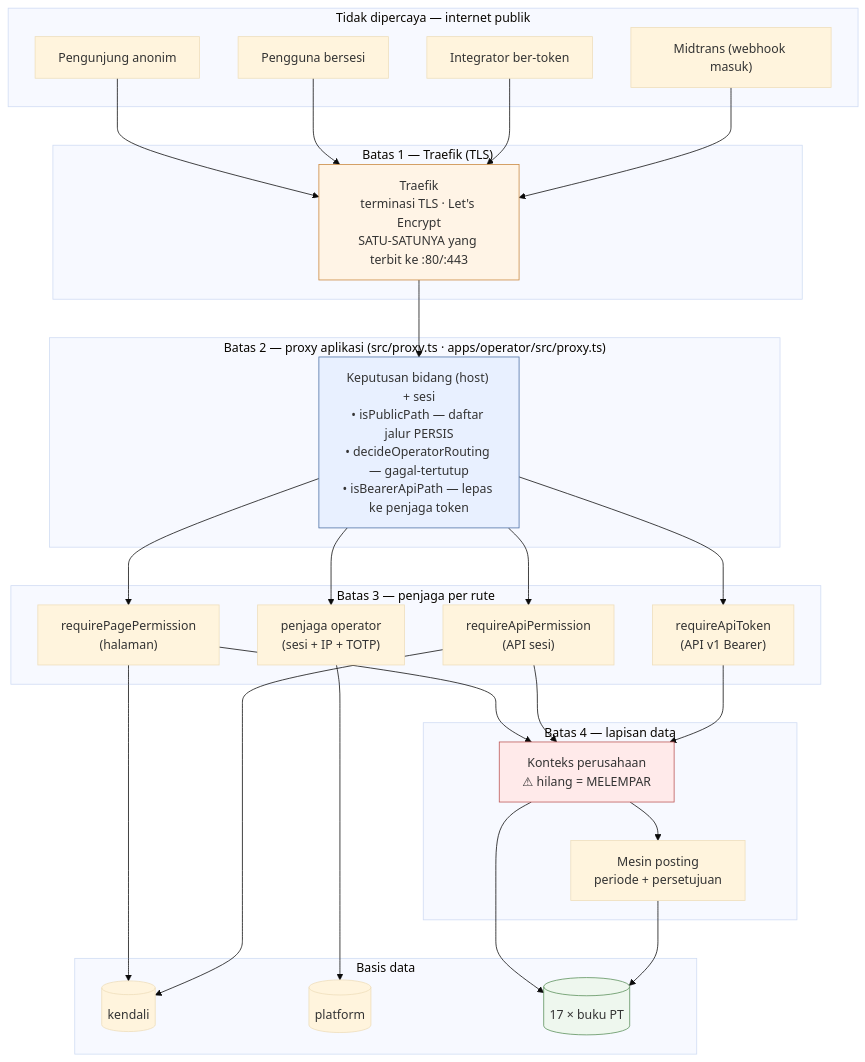
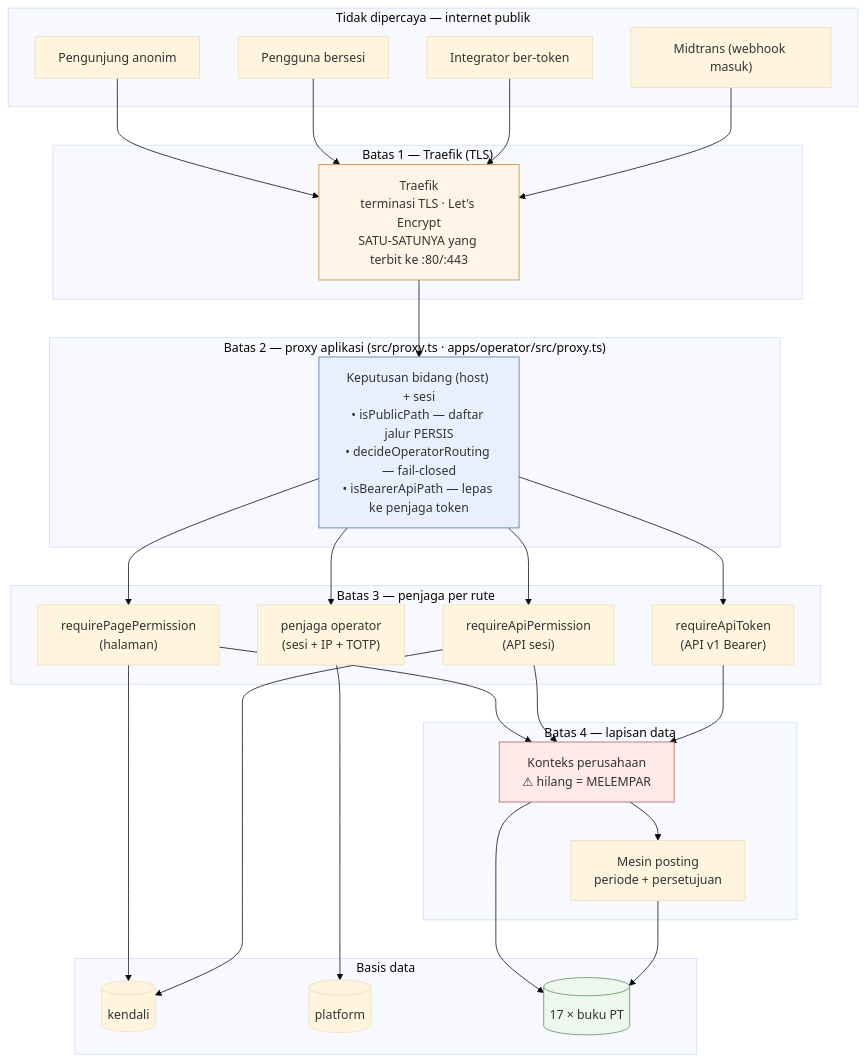
One commit to tri-evendi/sai-accounting changed the first of 5 diagrams in docs/arsitektur/02-ARSITEKTUR.md. Above: the diagram before and after it, drawn with Mermaid (base theme). The commit also changed other lines of this file and 28 other files, not shown here.

````diff
--- a/docs/arsitektur/02-ARSITEKTUR.md
+++ b/docs/arsitektur/02-ARSITEKTUR.md
@@ -38,53 +38,53 @@
 ```mermaid
 graph TB
     subgraph trust0["Tidak dipercaya — internet publik"]
         ANON["Pengunjung anonim"]
         USER["Pengguna bersesi"]
         INTEG["Integrator ber-token"]
         GATEWAY["Midtrans (webhook masuk)"]
     end
 
     subgraph trust1["Batas 1 — Traefik (TLS)"]
         TRAEFIK["Traefik<br/>terminasi TLS · Let's Encrypt<br/>SATU-SATUNYA yang terbit ke :80/:443"]
     end
 
     subgraph trust2["Batas 2 — proxy aplikasi (src/proxy.ts · apps/operator/src/proxy.ts)"]
-        PROXY["Keputusan bidang (host) + sesi<br/>• isPublicPath — daftar jalur PERSIS<br/>• decideOperatorRouting — gagal-tertutup<br/>• isBearerApiPath — lepas ke penjaga token"]
+        PROXY["Keputusan bidang (host) + sesi<br/>• isPublicPath — daftar jalur PERSIS<br/>• decideOperatorRouting — fail-closed<br/>• isBearerApiPath — lepas ke penjaga token"]
     end
 
     subgraph trust3["Batas 3 — penjaga per rute"]
         PG["requirePagePermission<br/>(halaman)"]
         AG["requireApiPermission<br/>(API sesi)"]
         TG["requireApiToken<br/>(API v1 Bearer)"]
         OG["penjaga operator<br/>(sesi + IP + TOTP)"]
     end
 
     subgraph trust4["Batas 4 — lapisan data"]
         CTX["Konteks perusahaan<br/>⚠ hilang = MELEMPAR"]
         POST["Mesin posting<br/>periode + persetujuan"]
     end
 
     subgraph data["Basis data"]
         CDB[("kendali")]
         PDB[("platform")]
         BDB[("17 × buku PT")]
     end
 
     ANON --> TRAEFIK
     USER --> TRAEFIK
     INTEG --> TRAEFIK
     GATEWAY --> TRAEFIK
     TRAEFIK --> PROXY
     PROXY --> PG & AG & TG & OG
     PG & AG & TG --> CTX
     OG --> PDB
     CTX --> BDB
     CTX --> POST
     POST --> BDB
     PG & AG --> CDB
 
     style TRAEFIK fill:#fff4e6,stroke:#c9873d
     style PROXY fill:#e8f0ff,stroke:#4a6fa5
     style CTX fill:#ffeaea,stroke:#b55
     style BDB fill:#eef7ee,stroke:#5a8f5a
 ```
````
